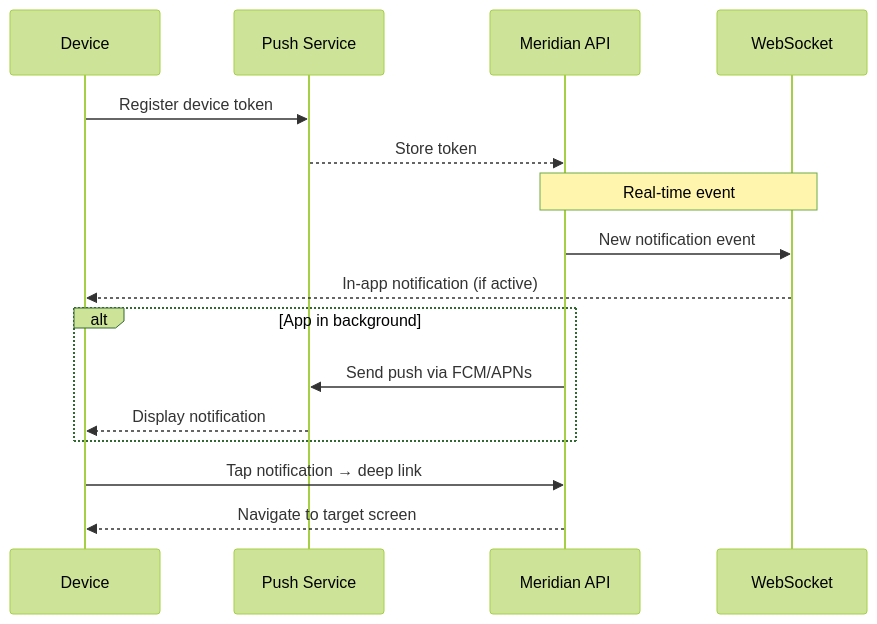
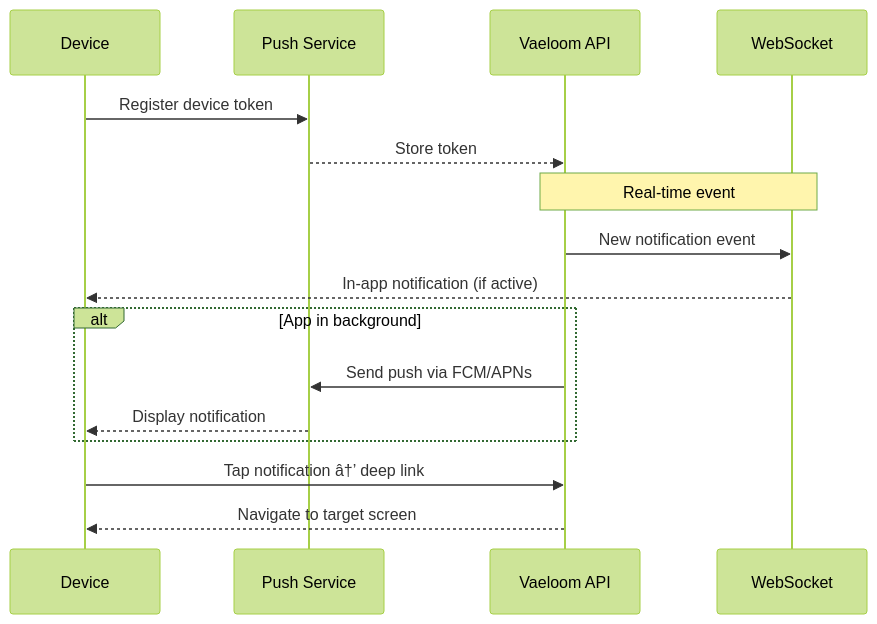
The third of 3 diagrams in Docs/Frontend/Mobile-Architecture.md (Driftloom/Vaeloom), drawn with Mermaid (forest theme) before and after one commit. The commit also changed other lines of this file and 249 other files, not shown here.

Commit message:
Rename all references from Meridian to Vaeloom across docs, scripts, and config

````diff
--- a/Docs/Frontend/Mobile-Architecture.md
+++ b/Docs/Frontend/Mobile-Architecture.md
@@ -124,22 +124,22 @@
 ```mermaid
 sequenceDiagram
     participant U as Device
     participant P as Push Service
-    participant API as Meridian API
+    participant API as Vaeloom API
     participant W as WebSocket
 
     U->>P: Register device token
     P-->>API: Store token
     
     Note over API,W: Real-time event
     API->>W: New notification event
     W-->>U: In-app notification (if active)
     
     alt App in background
         API->>P: Send push via FCM/APNs
         P-->>U: Display notification
     end
     
-    U->>API: Tap notification → deep link
+    U->>API: Tap notification â†’ deep link
     API-->>U: Navigate to target screen
 ```
````
